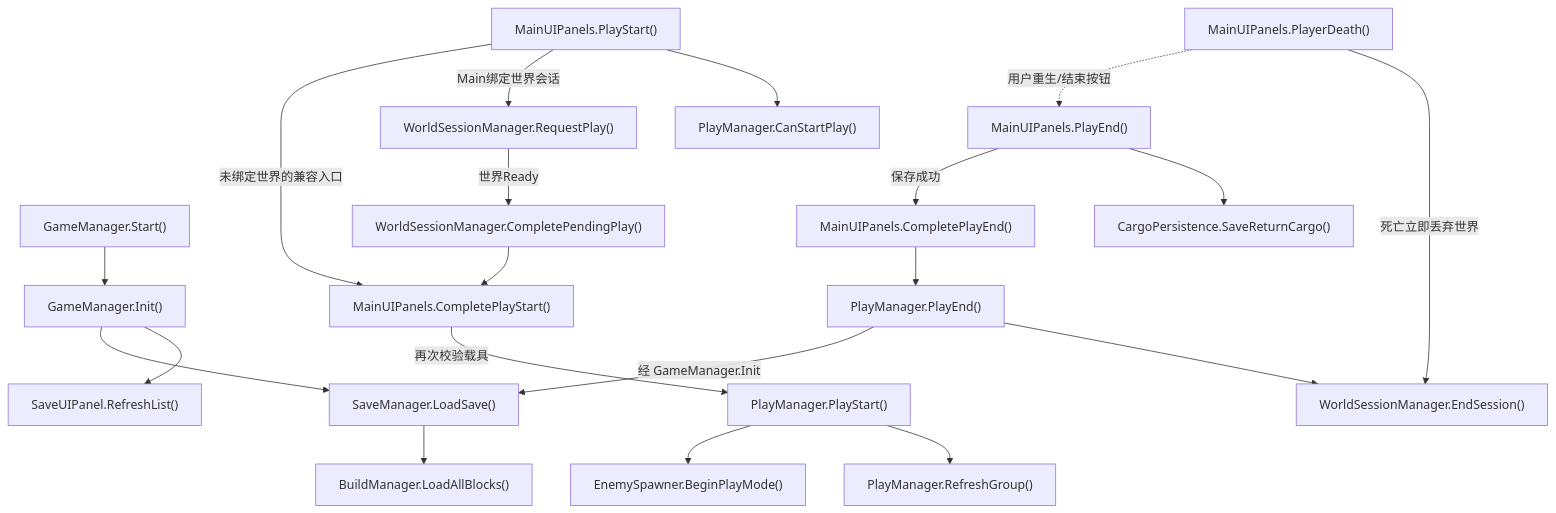
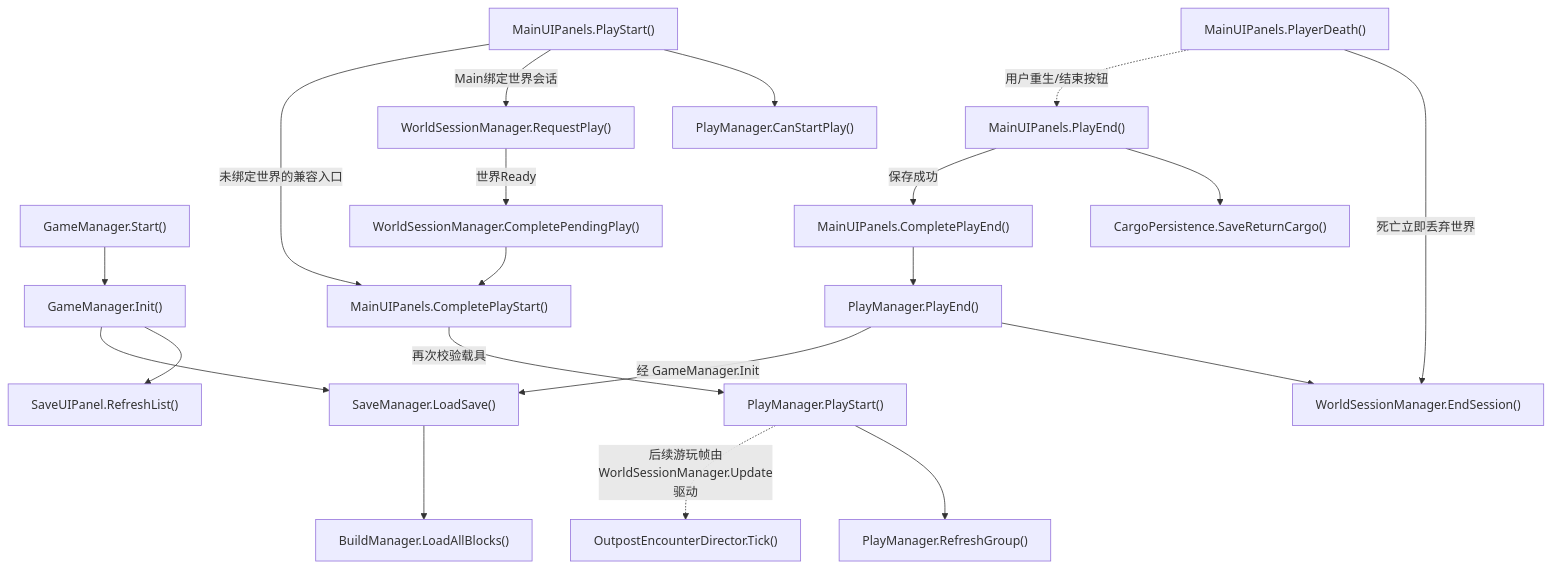
Before and after one commit to kukudia/HY-Sandbox: the second of 27 diagrams in Docs/RuntimeFlow.md, drawn with Mermaid. The commit also changed other lines of this file and 105 other files, not shown here.

First line of the commit message:
feat: author finite enemy outposts and bundled world encounters

````diff
--- a/Docs/RuntimeFlow.md
+++ b/Docs/RuntimeFlow.md
@@ -105,60 +105,60 @@
 ```mermaid
 flowchart TD
     A["GameManager.Start()"]
     click A "../Assets/Scripts/Features/Bootstrap/GameManager.cs#L15" "打开源码"
     B["GameManager.Init()"]
     click B "../Assets/Scripts/Features/Bootstrap/GameManager.cs#L20" "打开源码"
     C["SaveUIPanel.RefreshList()"]
     click C "../Assets/Scripts/Features/Building/SaveUIPanel.cs#L17" "打开源码"
     D["SaveManager.LoadSave()"]
-    click D "../Assets/Scripts/Features/Building/SaveManager.cs#L187" "打开源码"
+    click D "../Assets/Scripts/Features/Building/SaveManager.cs#L246" "打开源码"
     E["BuildManager.LoadAllBlocks()"]
     click E "../Assets/Scripts/Features/Building/BuildManager.cs#L563" "打开源码"
     F["MainUIPanels.PlayStart()"]
     click F "../Assets/Scripts/Features/Presentation/MainUIPanels.cs#L230" "打开源码"
     G["PlayManager.CanStartPlay()"]
-    click G "../Assets/Scripts/Features/Simulation/PlayManager.cs#L133" "打开源码"
+    click G "../Assets/Scripts/Features/Simulation/PlayManager.cs#L132" "打开源码"
     H["PlayManager.PlayStart()"]
-    click H "../Assets/Scripts/Features/Simulation/PlayManager.cs#L88" "打开源码"
+    click H "../Assets/Scripts/Features/Simulation/PlayManager.cs#L87" "打开源码"
     I["PlayManager.RefreshGroup()"]
-    click I "../Assets/Scripts/Features/Simulation/PlayManager.cs#L168" "打开源码"
-    J["EnemySpawner.BeginPlayMode()"]
-    click J "../Assets/Scripts/Features/Combat/EnemySpawner.cs#L43" "打开源码"
+    click I "../Assets/Scripts/Features/Simulation/PlayManager.cs#L167" "打开源码"
+    J["OutpostEncounterDirector.Tick()"]
+    click J "../Assets/Scripts/Features/World/OutpostEncounterDirector.cs#L48" "打开源码"
     K["MainUIPanels.PlayEnd()"]
     click K "../Assets/Scripts/Features/Presentation/MainUIPanels.cs#L267" "打开源码"
     L["CargoPersistence.SaveReturnCargo()"]
     click L "../Assets/Scripts/Features/Salvage/CargoPersistence.cs#L11" "打开源码"
     M["PlayManager.PlayEnd()"]
-    click M "../Assets/Scripts/Features/Simulation/PlayManager.cs#L266" "打开源码"
+    click M "../Assets/Scripts/Features/Simulation/PlayManager.cs#L265" "打开源码"
     N["MainUIPanels.PlayerDeath()"]
     click N "../Assets/Scripts/Features/Presentation/MainUIPanels.cs#L288" "打开源码"
     O["WorldSessionManager.RequestPlay()"]
-    click O "../Assets/Scripts/Features/World/WorldSessionManager.cs#L169" "打开源码"
+    click O "../Assets/Scripts/Features/World/WorldSessionManager.cs#L175" "打开源码"
     P["WorldSessionManager.CompletePendingPlay()"]
-    click P "../Assets/Scripts/Features/World/WorldSessionManager.cs#L192" "打开源码"
+    click P "../Assets/Scripts/Features/World/WorldSessionManager.cs#L198" "打开源码"
     Q["MainUIPanels.CompletePlayStart()"]
     click Q "../Assets/Scripts/Features/Presentation/MainUIPanels.cs#L247" "打开源码"
     R["MainUIPanels.CompletePlayEnd()"]
     click R "../Assets/Scripts/Features/Presentation/MainUIPanels.cs#L278" "打开源码"
     S["WorldSessionManager.EndSession()"]
-    click S "../Assets/Scripts/Features/World/WorldSessionManager.cs#L301" "打开源码"
+    click S "../Assets/Scripts/Features/World/WorldSessionManager.cs#L307" "打开源码"
     A --> B
     B --> C
     B --> D
     D --> E
     F --> G
     F -->|Main绑定世界会话| O
     O -->|世界Ready| P
     P --> Q
     Q -->|再次校验载具| H
     F -->|未绑定世界的兼容入口| Q
     H --> I
-    H --> J
+    H -.->|后续游玩帧由WorldSessionManager.Update驱动| J
     K --> L
     K -->|保存成功| R
     R --> M
     M --> S
     M -->|经 GameManager.Init| D
     N -->|死亡立即丢弃世界| S
     N -.->|用户重生/结束按钮| K
 ```
````
